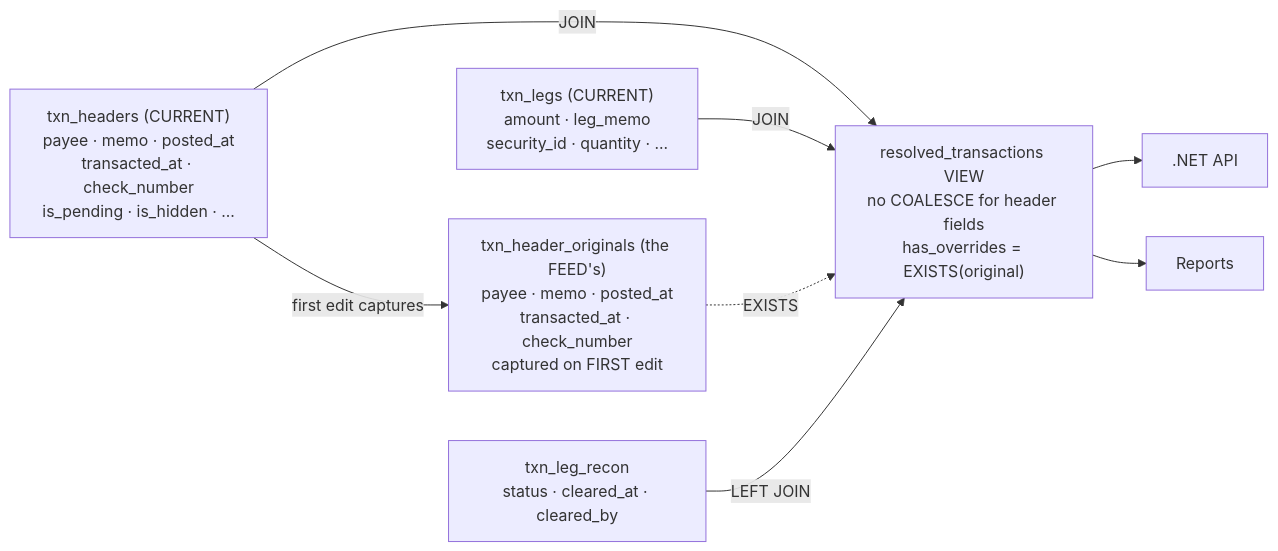
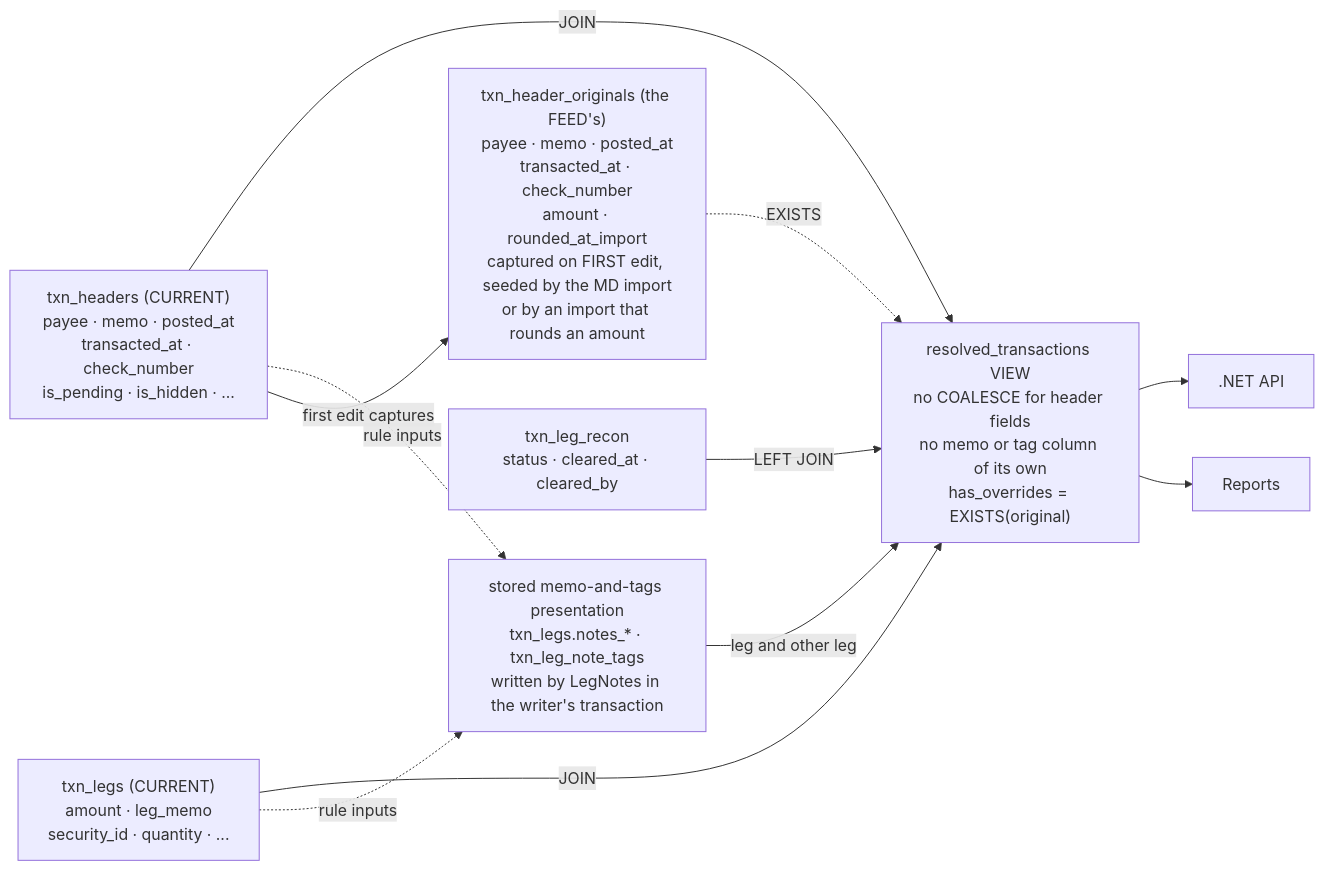
The fourth of 8 diagrams in docs/architecture.md (strongboxlabs/coffer), drawn with Mermaid before and after one commit. The commit also changed other lines of this file and 2078 other files, not shown here.

````diff
--- a/docs/architecture.md
+++ b/docs/architecture.md
@@ -380,18 +390,22 @@
 ```mermaid
 flowchart LR
     HDR["txn_headers (CURRENT)\npayee · memo · posted_at\ntransacted_at · check_number\nis_pending · is_hidden · ..."]
     LEG["txn_legs (CURRENT)\namount · leg_memo\nsecurity_id · quantity · ..."]
-    ORG["txn_header_originals (the FEED's)\npayee · memo · posted_at\ntransacted_at · check_number\ncaptured on FIRST edit"]
+    NTS["stored memo-and-tags presentation\ntxn_legs.notes_* · txn_leg_note_tags\nwritten by LegNotes in the writer's transaction"]
+    ORG["txn_header_originals (the FEED's)\npayee · memo · posted_at\ntransacted_at · check_number\namount · rounded_at_import\ncaptured on FIRST edit, seeded by the MD import\nor by an import that rounds an amount"]
     RCN["txn_leg_recon\nstatus · cleared_at · cleared_by"]
-    VIEW["resolved_transactions VIEW\nno COALESCE for header fields\nhas_overrides = EXISTS(original)"]
+    VIEW["resolved_transactions VIEW\nno COALESCE for header fields\nno memo or tag column of its own\nhas_overrides = EXISTS(original)"]
     API[.NET API]
     RPT[Reports]
 
     HDR -->|JOIN| VIEW
     LEG -->|JOIN| VIEW
+    HDR -.->|rule inputs| NTS
+    LEG -.->|rule inputs| NTS
+    NTS -->|leg and other leg| VIEW
     ORG -.->|EXISTS| VIEW
     RCN -->|LEFT JOIN| VIEW
     HDR -->|first edit captures| ORG
     VIEW --> API
     VIEW --> RPT
 ```
````
